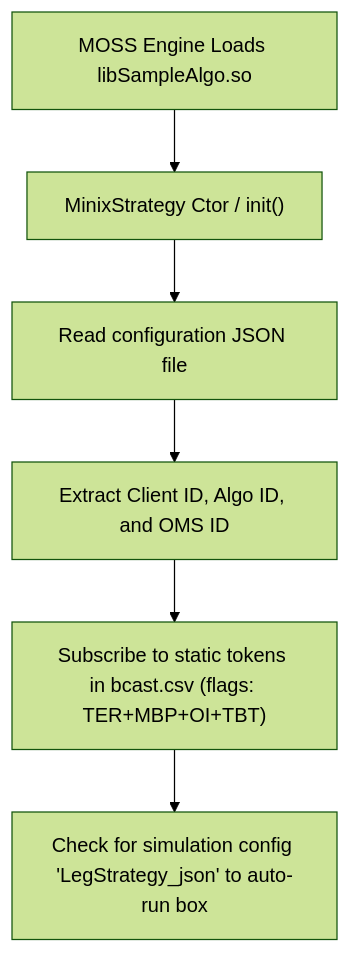
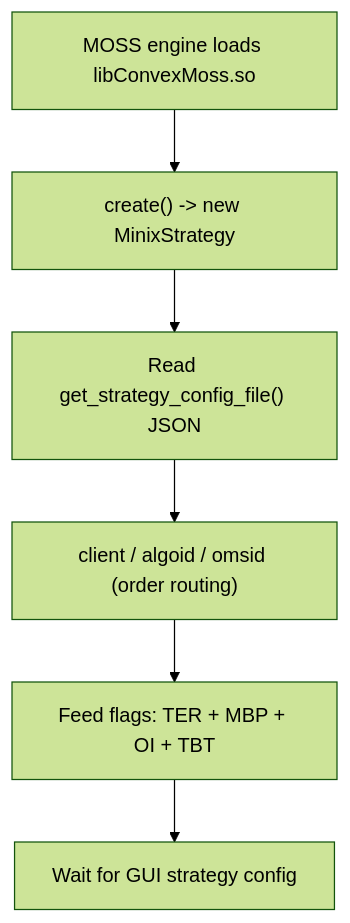
One commit to kingofknights/ConvexStrategy changed the first of 3 diagrams in project_flow_documentation.md. Above: the diagram before and after it, drawn with Mermaid (forest theme). The commit also changed other lines of this file and 11 other files, not shown here.

````diff
--- a/project_flow_documentation.md
+++ b/project_flow_documentation.md
@@ -25,8 +24,8 @@
 ```mermaid
 graph TD
-    A[MOSS Engine Loads libSampleAlgo.so] --> B["MinixStrategy Ctor / init()"]
-    B --> C[Read configuration JSON file]
-    C --> D[Extract Client ID, Algo ID, and OMS ID]
-    D --> E["Subscribe to static tokens in bcast.csv (flags: TER+MBP+OI+TBT)"]
-    E --> F[Check for simulation config 'LegStrategy_json' to auto-run box]
+    A[MOSS engine loads libConvexMoss.so] --> B["create() -> new MinixStrategy"]
+    B --> C["Read get_strategy_config_file() JSON"]
+    C --> D["client / algoid / omsid (order routing)"]
+    D --> E["Feed flags: TER + MBP + OI + TBT"]
+    E --> F[Wait for GUI strategy config]
 ```
````
